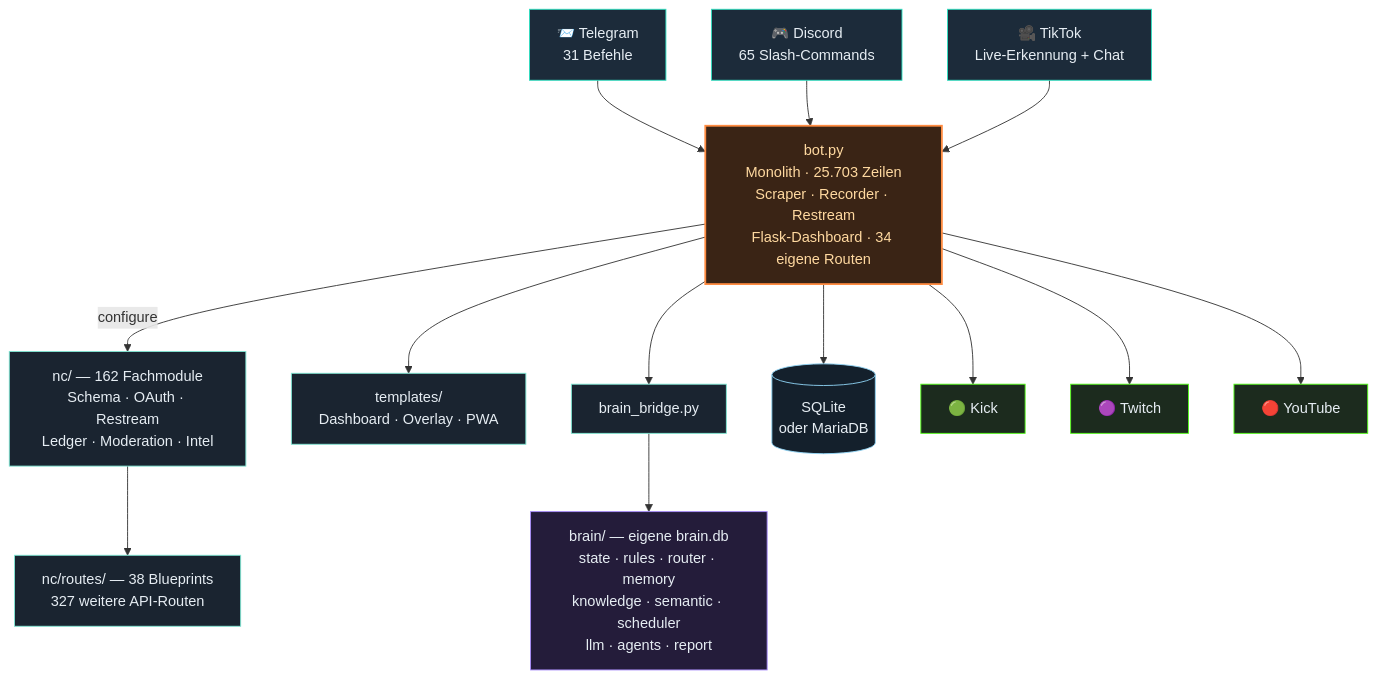
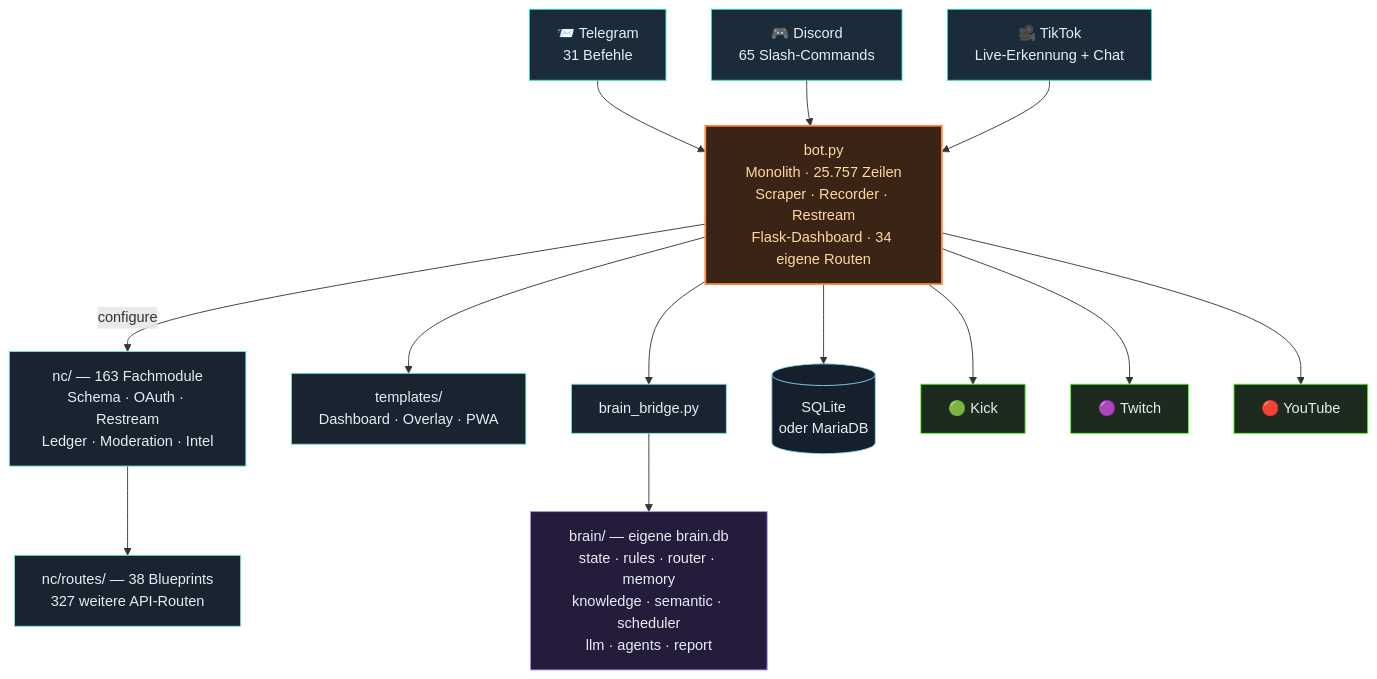
One commit to itsamemedev/Telegram-Stream-Info-Bot changed the third of 4 diagrams in README.md. Above: the diagram before and after it, drawn with Mermaid. The commit also changed other lines of this file and 11 other files, not shown here.

````diff
--- a/README.md
+++ b/README.md
@@ -189,30 +189,30 @@
 ```mermaid
 flowchart TB
     TG["📨 Telegram<br/>31 Befehle"]:::ein
     DC["🎮 Discord<br/>65 Slash-Commands"]:::ein
     TT["🎥 TikTok<br/>Live-Erkennung + Chat"]:::ein
 
     TG --> BOT
     DC --> BOT
     TT --> BOT
 
-    BOT["bot.py<br/>Monolith · 25.703 Zeilen<br/>Scraper · Recorder · Restream<br/>Flask-Dashboard · 34 eigene Routen"]:::core
+    BOT["bot.py<br/>Monolith · 25.757 Zeilen<br/>Scraper · Recorder · Restream<br/>Flask-Dashboard · 34 eigene Routen"]:::core
 
-    BOT -->|configure| NC["nc/ — 162 Fachmodule<br/>Schema · OAuth · Restream<br/>Ledger · Moderation · Intel"]:::lib
+    BOT -->|configure| NC["nc/ — 163 Fachmodule<br/>Schema · OAuth · Restream<br/>Ledger · Moderation · Intel"]:::lib
     NC --> RT["nc/routes/ — 38 Blueprints<br/>327 weitere API-Routen"]:::lib
     BOT --> TPL["templates/<br/>Dashboard · Overlay · PWA"]:::lib
     BOT --> BR["brain_bridge.py"]:::lib
     BR --> BRAIN["brain/ — eigene brain.db<br/>state · rules · router · memory<br/>knowledge · semantic · scheduler<br/>llm · agents · report"]:::brain
     BOT --> DB[("SQLite<br/>oder MariaDB")]:::db
 
     BOT --> KICK["🟢 Kick"]:::out
     BOT --> TW["🟣 Twitch"]:::out
     BOT --> YT["🔴 YouTube"]:::out
 
     classDef ein fill:#1c2b3a,stroke:#2de1c2,color:#e6edf3
     classDef core fill:#3a2415,stroke:#ff8c42,stroke-width:2px,color:#ffd9a0
     classDef lib fill:#1a2430,stroke:#7fe7d4,color:#e6edf3
     classDef brain fill:#241c3a,stroke:#a78bfa,color:#e6edf3
     classDef db fill:#14202c,stroke:#8fd3f4,color:#e6edf3
     classDef out fill:#1c2b1e,stroke:#53fc18,color:#e6edf3
 ```
````
